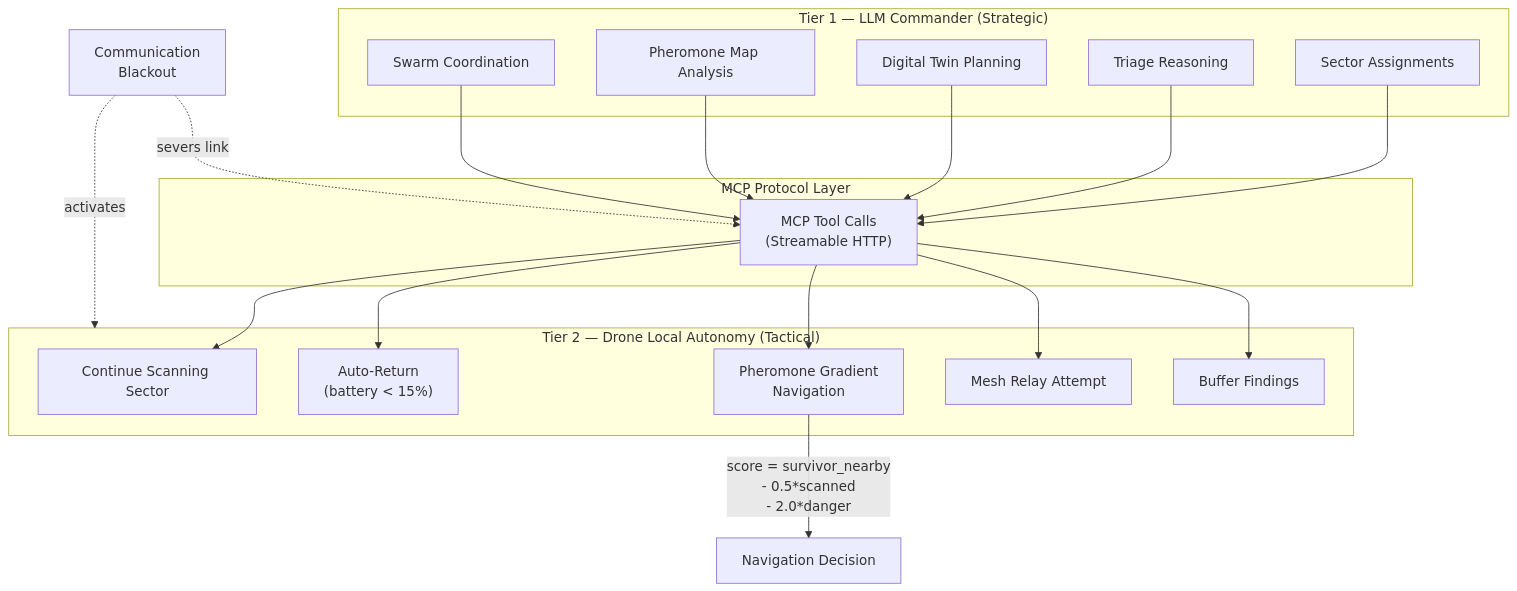
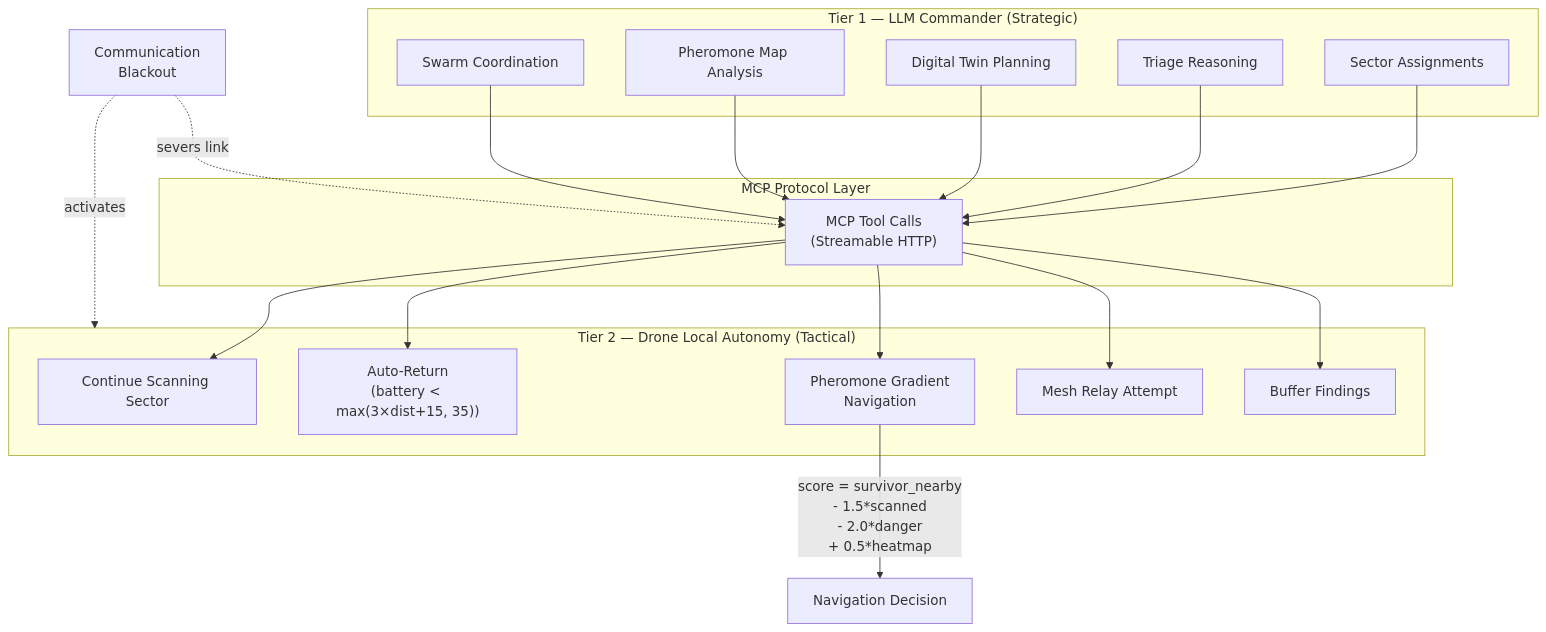
The second of 11 diagrams in architecture.md (Andersonnn7788/drone-agents), drawn with Mermaid before and after one commit. The commit also changed other lines of this file and 20 other files, not shown here.

Commit message:
fix all the bugs and update readme and architecture

````diff
--- a/architecture.md
+++ b/architecture.md
@@ -76,39 +78,39 @@
 ```mermaid
 flowchart TB
     subgraph Tier1["Tier 1 — LLM Commander (Strategic)"]
         SA[Sector Assignments]
         TR[Triage Reasoning]
         DT[Digital Twin Planning]
         PMA[Pheromone Map Analysis]
         SC[Swarm Coordination]
     end
 
     subgraph MCP_Layer["MCP Protocol Layer"]
         TC["MCP Tool Calls<br>(Streamable HTTP)"]
     end
 
     subgraph Tier2["Tier 2 — Drone Local Autonomy (Tactical)"]
         CS[Continue Scanning Sector]
-        AR["Auto-Return<br>(battery < 15%)"]
+        AR["Auto-Return<br>(battery < max(3×dist+15, 35))"]
         PG["Pheromone Gradient<br>Navigation"]
         MR[Mesh Relay Attempt]
         BF[Buffer Findings]
     end
 
     SA --> TC
     TR --> TC
     DT --> TC
     PMA --> TC
     SC --> TC
 
     TC --> CS
     TC --> AR
     TC --> PG
     TC --> MR
     TC --> BF
 
     BLACKOUT["Communication<br>Blackout"] -.->|"severs link"| TC
     BLACKOUT -.->|"activates"| Tier2
 
-    PG -->|"score = survivor_nearby<br>- 0.5*scanned<br>- 2.0*danger"| NAV[Navigation Decision]
+    PG -->|"score = survivor_nearby<br>- 1.5*scanned<br>- 2.0*danger<br>+ 0.5*heatmap"| NAV[Navigation Decision]
 ```
````
